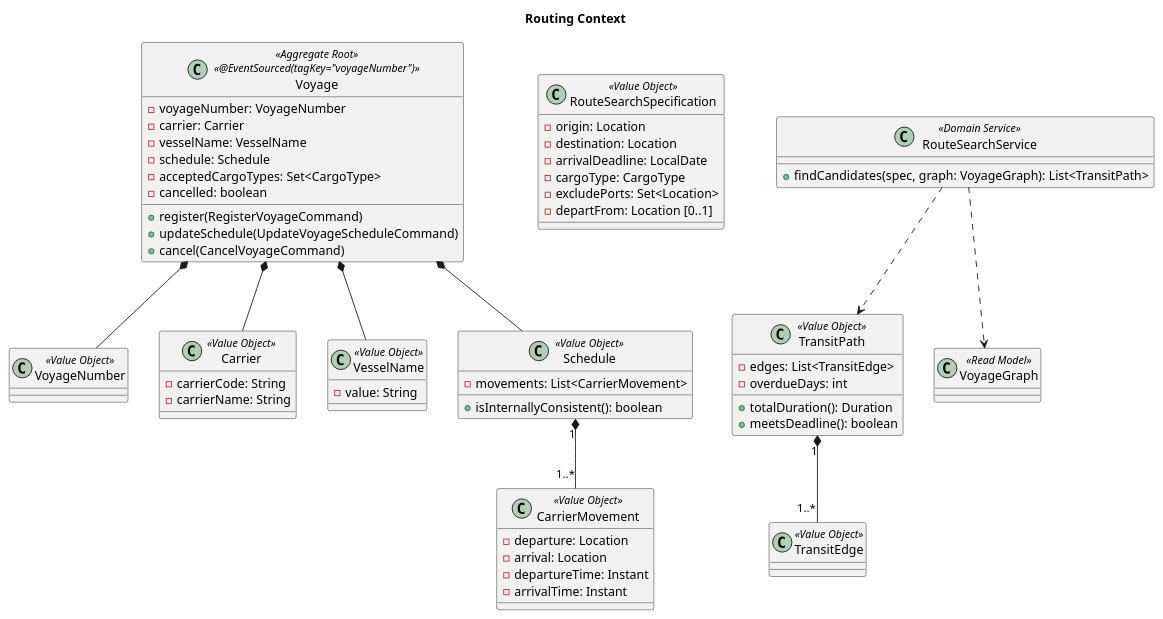
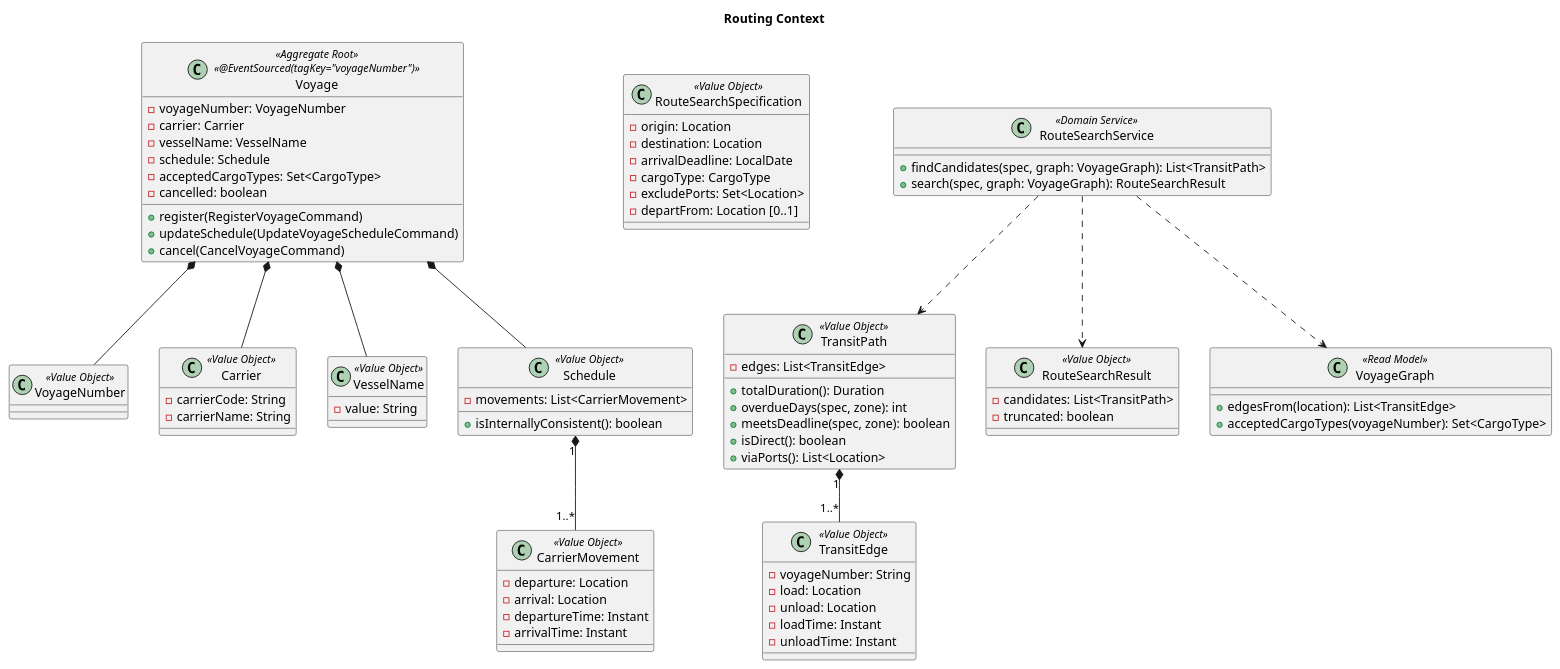
Before and after one commit to k2works/case-study-cargo-tracker: the sixth of 13 diagrams in docs/design/cargo-tracker/domain-model.md, drawn with PlantUML. The commit also changed other lines of this file and 64 other files, not shown here.

````diff
--- a/docs/design/cargo-tracker/domain-model.md
+++ b/docs/design/cargo-tracker/domain-model.md
@@ -644,17 +653,37 @@
 }
 class TransitPath <<Value Object>> {
   - edges: List<TransitEdge>
-  - overdueDays: int
+  ' 連結と時刻の昇順はここで守る（探索に置くと別の作り方が素通りする）
   + totalDuration(): Duration
-  + meetsDeadline(): boolean
+  ' 期限は日付で比べる。業務タイムゾーンを渡す
+  + overdueDays(spec, zone): int
+  + meetsDeadline(spec, zone): boolean
+  + isDirect(): boolean
+  + viaPorts(): List<Location>
 }
-class TransitEdge <<Value Object>>
+class TransitEdge <<Value Object>> {
+  - voyageNumber: String
+  - load: Location
+  - unload: Location
+  - loadTime: Instant
+  - unloadTime: Instant
+}
 
 class RouteSearchService <<Domain Service>> {
   + findCandidates(spec, graph: VoyageGraph): List<TransitPath>
+  ' 打ち切りに当たったかも返す。候補件数だけでは、乗り継ぎ上限で
+  ' 捨てた枝が「候補 0 件」と同じ見え方になる（ADR-0007）
+  + search(spec, graph: VoyageGraph): RouteSearchResult
+}
+class RouteSearchResult <<Value Object>> {
+  - candidates: List<TransitPath>
+  - truncated: boolean
 }
 class VoyageGraph <<Read Model>> {
   ' 投影テーブル voyage / carrier_movement から組む
+  ' キャンセル済み・出発済みの区間は含めない
+  + edgesFrom(location): List<TransitEdge>
+  + acceptedCargoTypes(voyageNumber): Set<CargoType>
 }
 
 Voyage *-- VoyageNumber
@@ -665,5 +694,6 @@
 TransitPath "1" *-- "1..*" TransitEdge
 RouteSearchService ..> VoyageGraph
 RouteSearchService ..> TransitPath
+RouteSearchService ..> RouteSearchResult
 @enduml
 ```
````
